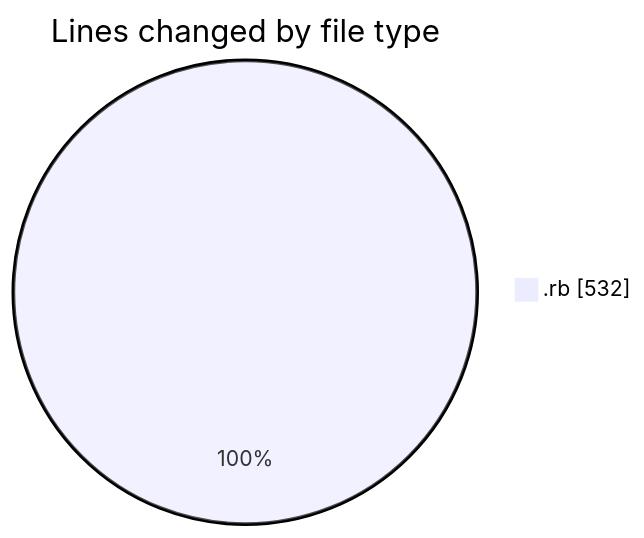
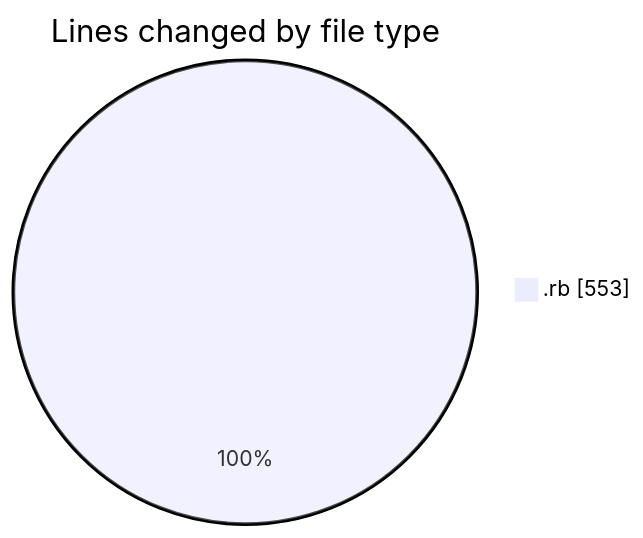
The first of 2 diagrams in 2025-06-18/app__container_registration-app__calm-app__/README.md (seballot/code-tracking), drawn with Mermaid before and after one commit. The commit also changed other lines of this file and 1 other file, not shown here.

````diff
--- a/2025-06-18/app__container_registration-app__calm-app__/README.md
+++ b/2025-06-18/app__container_registration-app__calm-app__/README.md
@@ -20,5 +20,5 @@
 ```mermaid
 pie showData
 title Lines changed by file type
-".rb" : 532
+".rb" : 553
 ```
````
